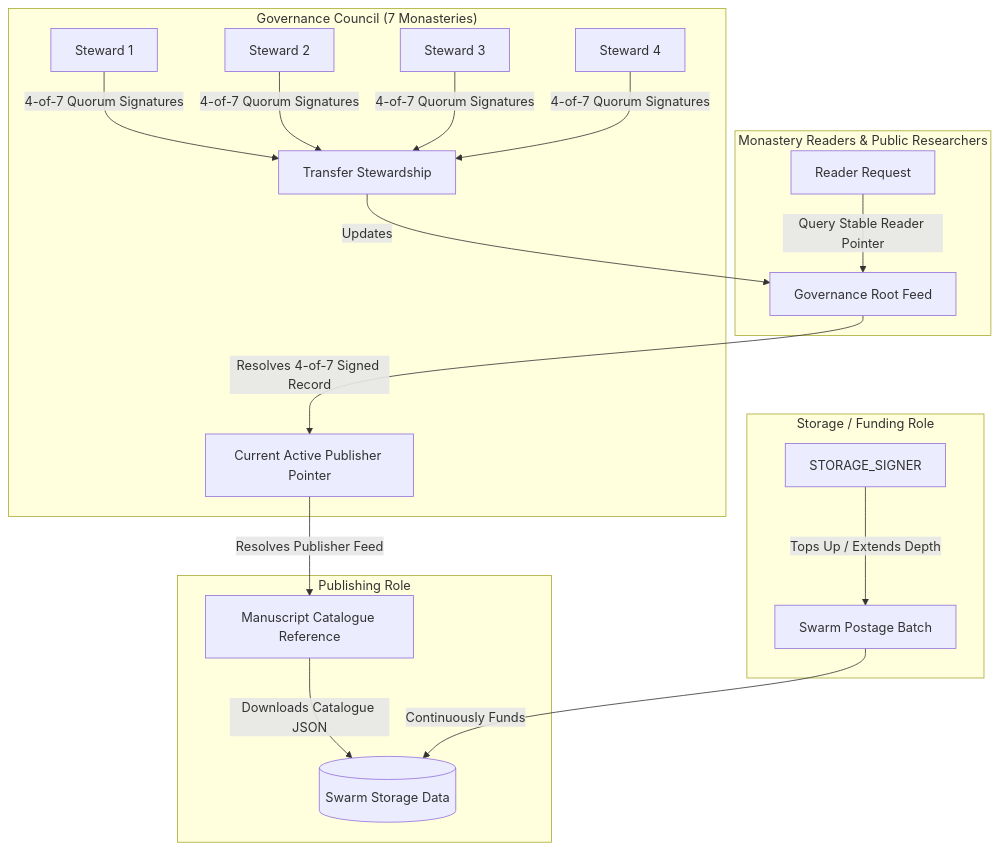
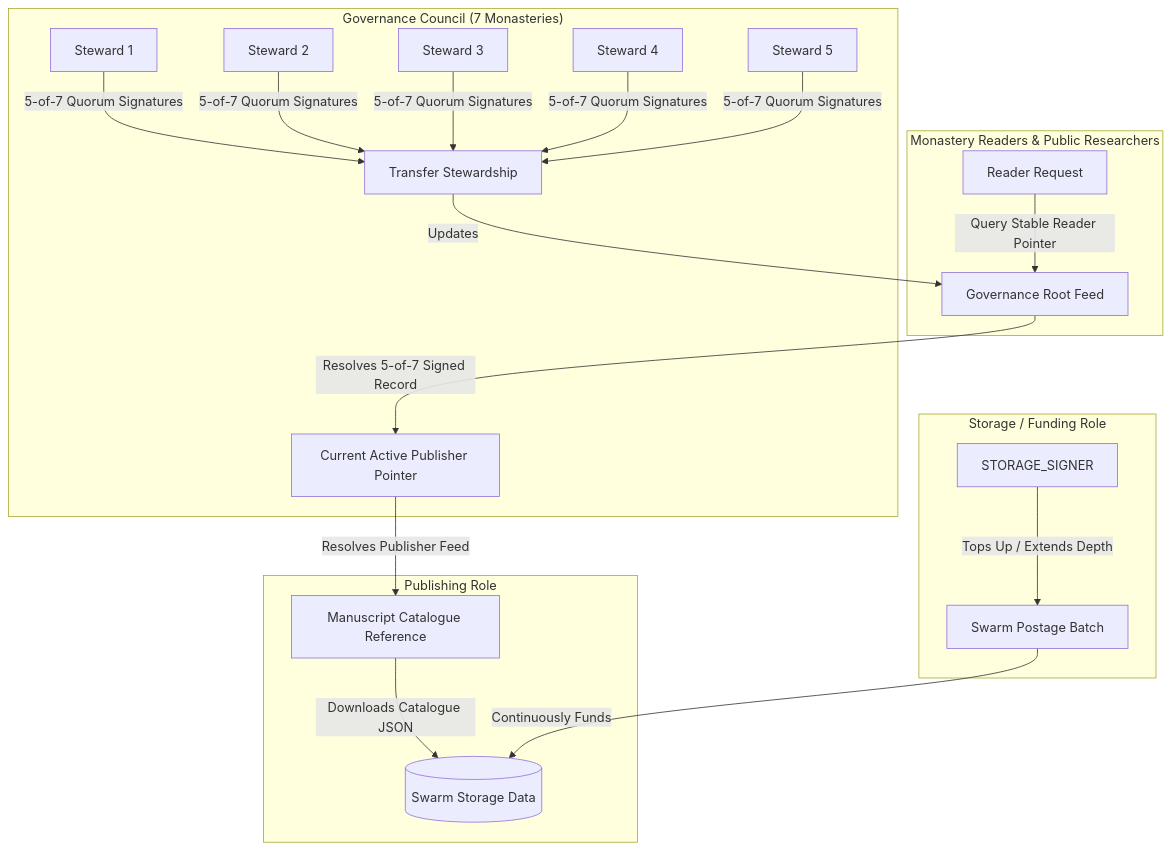
One commit to nikitabiradar231/swarm-steward-succession changed the first of 2 diagrams in README.md. Above: the diagram before and after it, drawn with Mermaid. The commit also changed other lines of this file and 9 other files, not shown here.

````diff
--- a/README.md
+++ b/README.md
@@ -16,22 +16,22 @@
 ```mermaid
 flowchart TD
     subgraph Readers["Monastery Readers & Public Researchers"]
         R[Reader Request] -->|Query Stable Reader Pointer| GRef[Governance Root Feed]
     end
 
     subgraph Governance["Governance Council (7 Monasteries)"]
-        GRef -->|Resolves 4-of-7 Signed Record| ActivePub[Current Active Publisher Pointer]
-        Steward1[Steward 1] & Steward2[Steward 2] & Steward3[Steward 3] & Steward4[Steward 4] -->|4-of-7 Quorum Signatures| Succession[Transfer Stewardship]
+        GRef -->|Resolves 5-of-7 Signed Record| ActivePub[Current Active Publisher Pointer]
+        Steward1[Steward 1] & Steward2[Steward 2] & Steward3[Steward 3] & Steward4[Steward 4] & Steward5[Steward 5] -->|5-of-7 Quorum Signatures| Succession[Transfer Stewardship]
         Succession -->|Updates| GRef
     end
 
     subgraph Publisher["Publishing Role"]
         ActivePub -->|Resolves Publisher Feed| CatRef[Manuscript Catalogue Reference]
         CatRef -->|Downloads Catalogue JSON| CatData[(Swarm Storage Data)]
     end
 
     subgraph Bursar["Storage / Funding Role"]
         BursarKey[STORAGE_SIGNER] -->|Tops Up / Extends Depth| StampBatch[Swarm Postage Batch]
         StampBatch -->|Continuously Funds| CatData
     end
 ```
````
